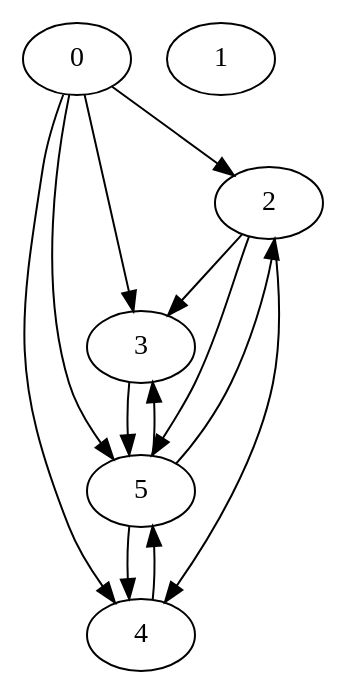
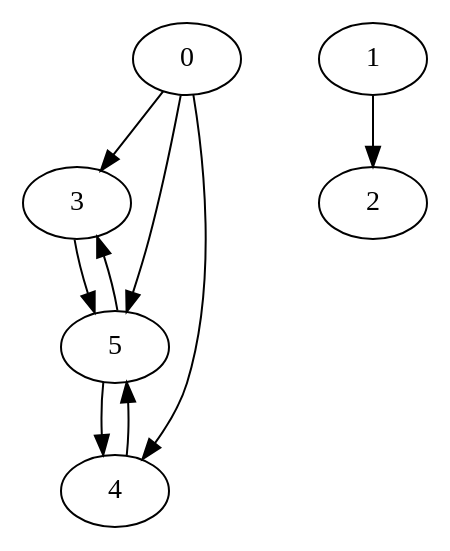
One commit to XushengLuo92/Hierarchical-LTL changed the diagram in routing_graph.dot. Above: the diagram before and after it, drawn with Graphviz. The commit also changed 4 other files, not shown here.

```diff
--- a/routing_graph.dot
+++ b/routing_graph.dot
@@ -1,21 +1,17 @@
 strict digraph "" {
 	graph [type=routing_graph];
 	0	[location_type_component_task_element="['r1', 1, 1, -1]"];
-	2	[location_type_component_task_element="['p1', 1, 1, 'p0', 3]"];
-	0 -> 2	[weight=10];
-	3	[location_type_component_task_element="['p2', 1, 1, 'p100', 1]"];
+	3	[location_type_component_task_element="['p3', 1, 1, 'p100', 2]"];
 	0 -> 3	[weight=10];
 	4	[location_type_component_task_element="['p4', 1, 1, 'p200', 1]"];
 	0 -> 4	[weight=10];
 	5	[location_type_component_task_element="['p5', 1, 1, 'p300', 1]"];
 	0 -> 5	[weight=10];
 	1	[location_type_component_task_element="['r2', 2, 1, -1]"];
-	2 -> 3	[weight=10];
-	2 -> 4	[weight=10];
-	2 -> 5	[weight=10];
+	2	[location_type_component_task_element="['p2', 2, 1, 'p100', 1]"];
+	1 -> 2	[weight=10];
 	3 -> 5	[weight=10];
 	4 -> 5	[weight=10];
-	5 -> 2	[weight=10];
 	5 -> 3	[weight=10];
 	5 -> 4	[weight=10];
 }
```
